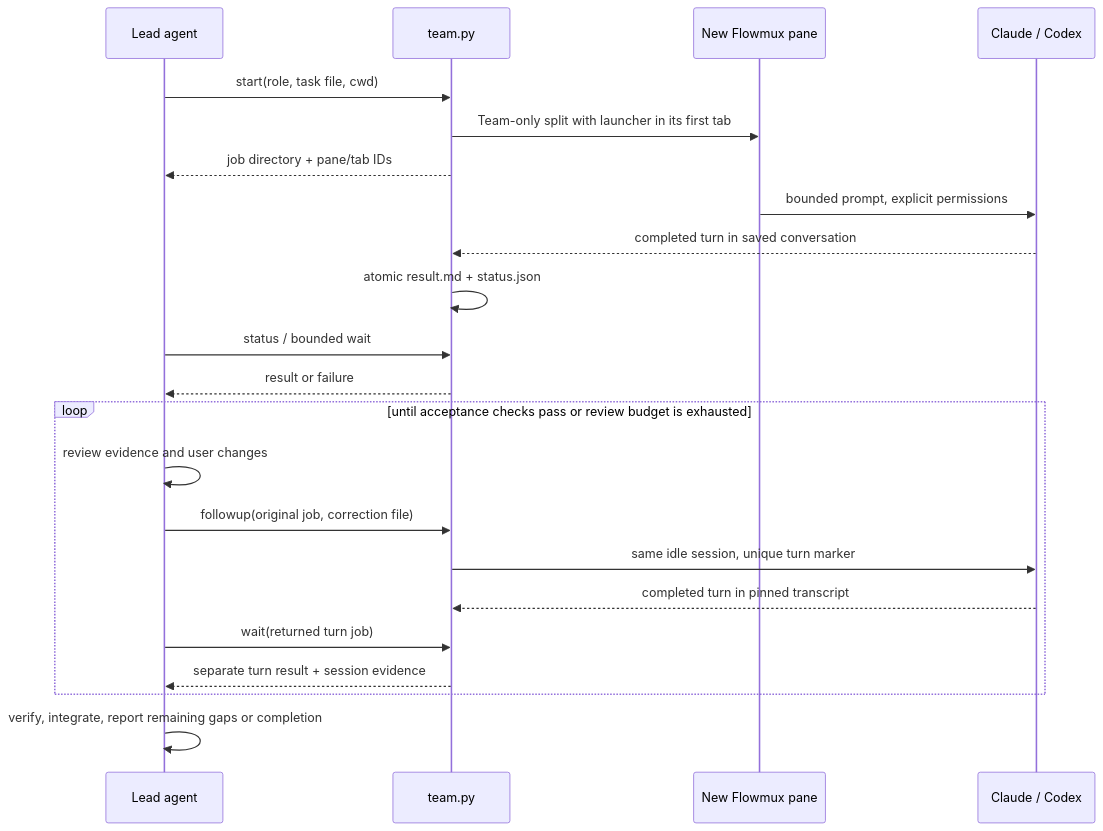
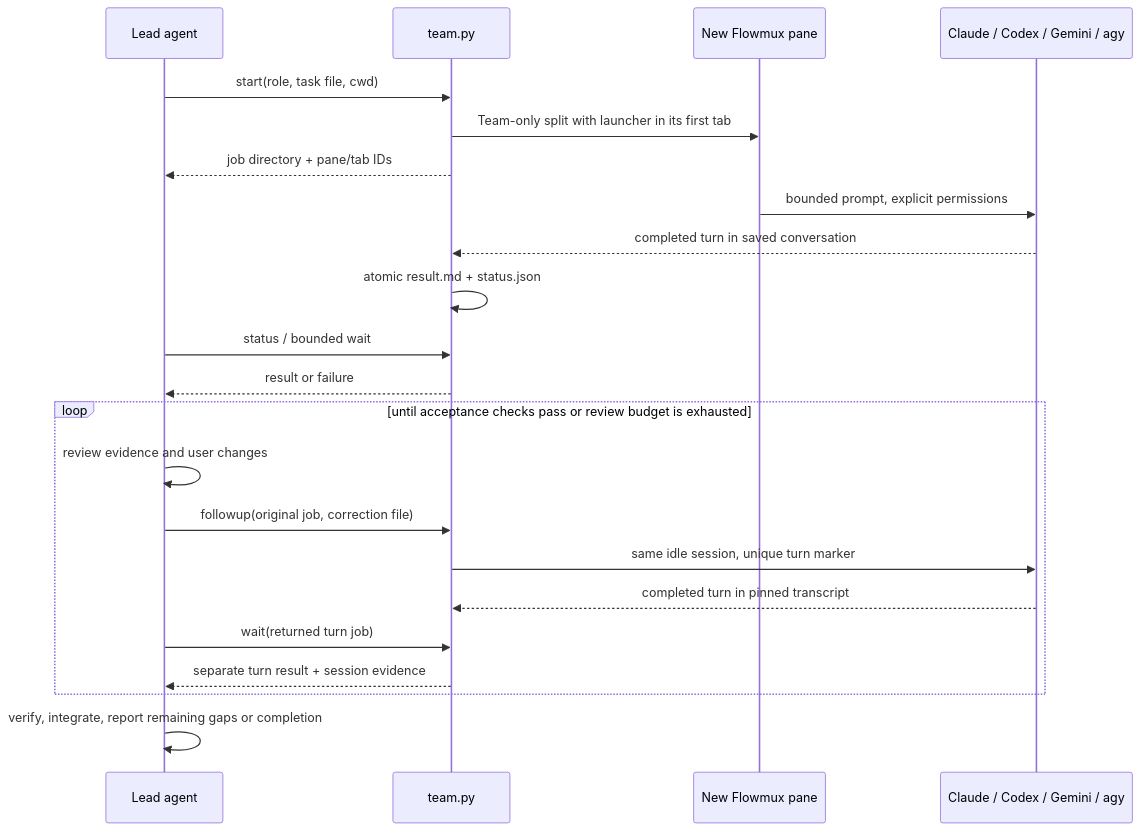
Before and after one commit to flowmux-ai/flowmux: the diagram in docs/agent-teams.md, drawn with Mermaid. The commit also changed other lines of this file and 14 other files, not shown here.

````diff
--- a/docs/agent-teams.md
+++ b/docs/agent-teams.md
@@ -19,24 +18,24 @@
 ```mermaid
 sequenceDiagram
     participant Lead as Lead agent
     participant Helper as team.py
     participant Pane as New Flowmux pane
-    participant Agent as Claude / Codex
+    participant Agent as Claude / Codex / Gemini / agy
     Lead->>Helper: start(role, task file, cwd)
     Helper->>Pane: Team-only split with launcher in its first tab
     Helper-->>Lead: job directory + pane/tab IDs
     Pane->>Agent: bounded prompt, explicit permissions
     Agent-->>Helper: completed turn in saved conversation
     Helper->>Helper: atomic result.md + status.json
     Lead->>Helper: status / bounded wait
     Helper-->>Lead: result or failure
     loop until acceptance checks pass or review budget is exhausted
         Lead->>Lead: review evidence and user changes
         Lead->>Helper: followup(original job, correction file)
         Helper->>Agent: same idle session, unique turn marker
         Agent-->>Helper: completed turn in pinned transcript
         Lead->>Helper: wait(returned turn job)
         Helper-->>Lead: separate turn result + session evidence
     end
     Lead->>Lead: verify, integrate, report remaining gaps or completion
 ```
````
